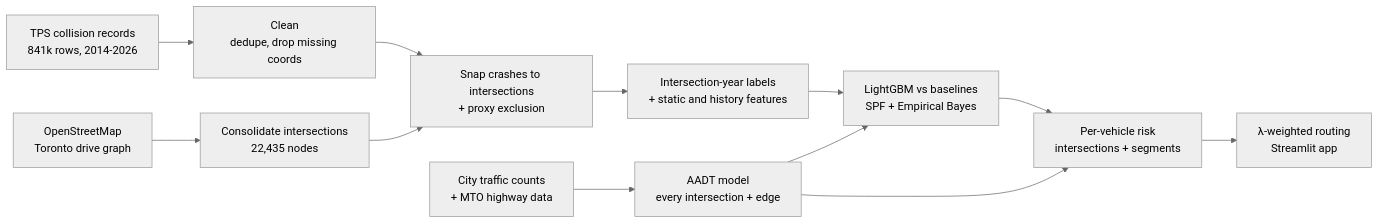
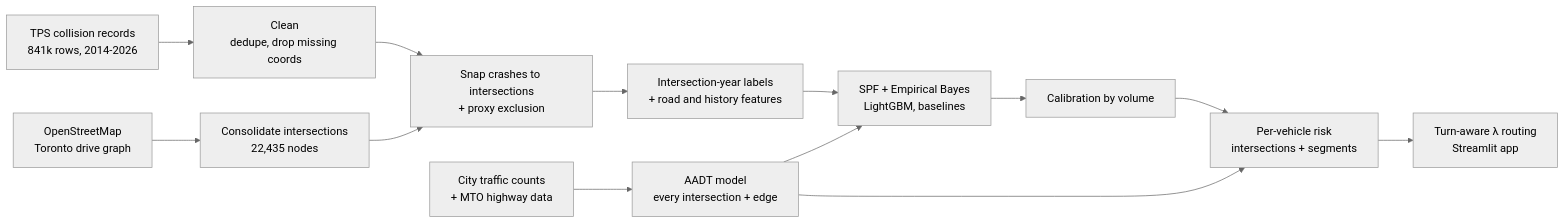
Before and after one commit to MatthewKim07/safepath: the diagram in README.md, drawn with Mermaid (neutral theme). The commit also changed other lines of this file, not shown here.

Commit message:
Rewrite README around per-vehicle risk, calibration, explanations and experiment tracking

````diff
--- a/README.md
+++ b/README.md
@@ -18,14 +44,15 @@
 ```mermaid
 flowchart LR
     A[TPS collision records<br/>841k rows, 2014-2026] --> B[Clean<br/>dedupe, drop missing coords]
     C[OpenStreetMap<br/>Toronto drive graph] --> D[Consolidate intersections<br/>22,435 nodes]
     B --> E[Snap crashes to intersections<br/>+ proxy exclusion]
     D --> E
-    E --> F[Intersection-year labels<br/>+ static and history features]
+    E --> F[Intersection-year labels<br/>+ road and history features]
     J[City traffic counts<br/>+ MTO highway data] --> K[AADT model<br/>every intersection + edge]
-    F --> G[LightGBM vs baselines<br/>SPF + Empirical Bayes]
+    F --> G[SPF + Empirical Bayes<br/>LightGBM, baselines]
     K --> G
-    G --> H[Per-vehicle risk<br/>intersections + segments]
+    G --> L[Calibration by volume]
+    L --> H[Per-vehicle risk<br/>intersections + segments]
     K --> H
-    H --> I[λ-weighted routing<br/>Streamlit app]
+    H --> I[Turn-aware λ routing<br/>Streamlit app]
 ```
````
